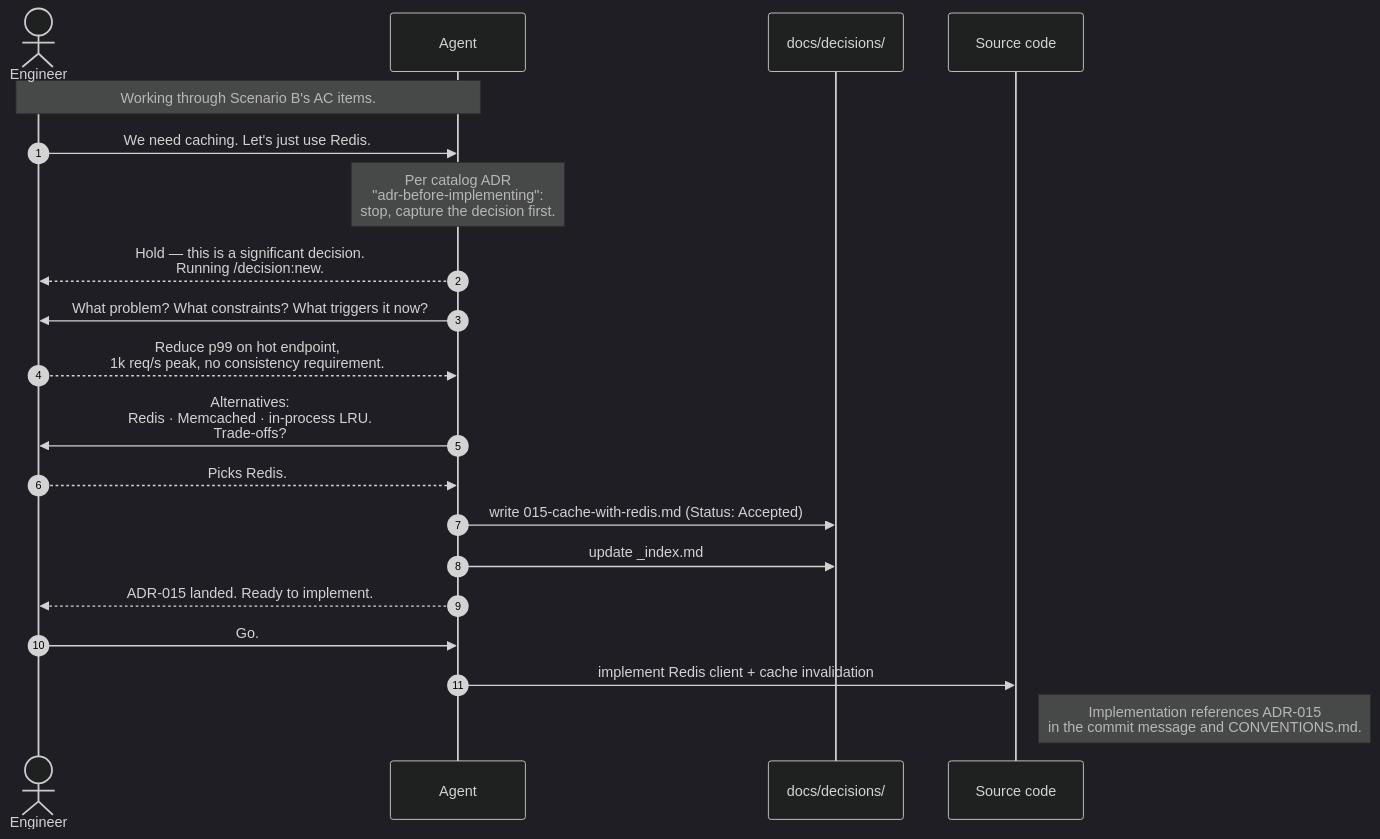
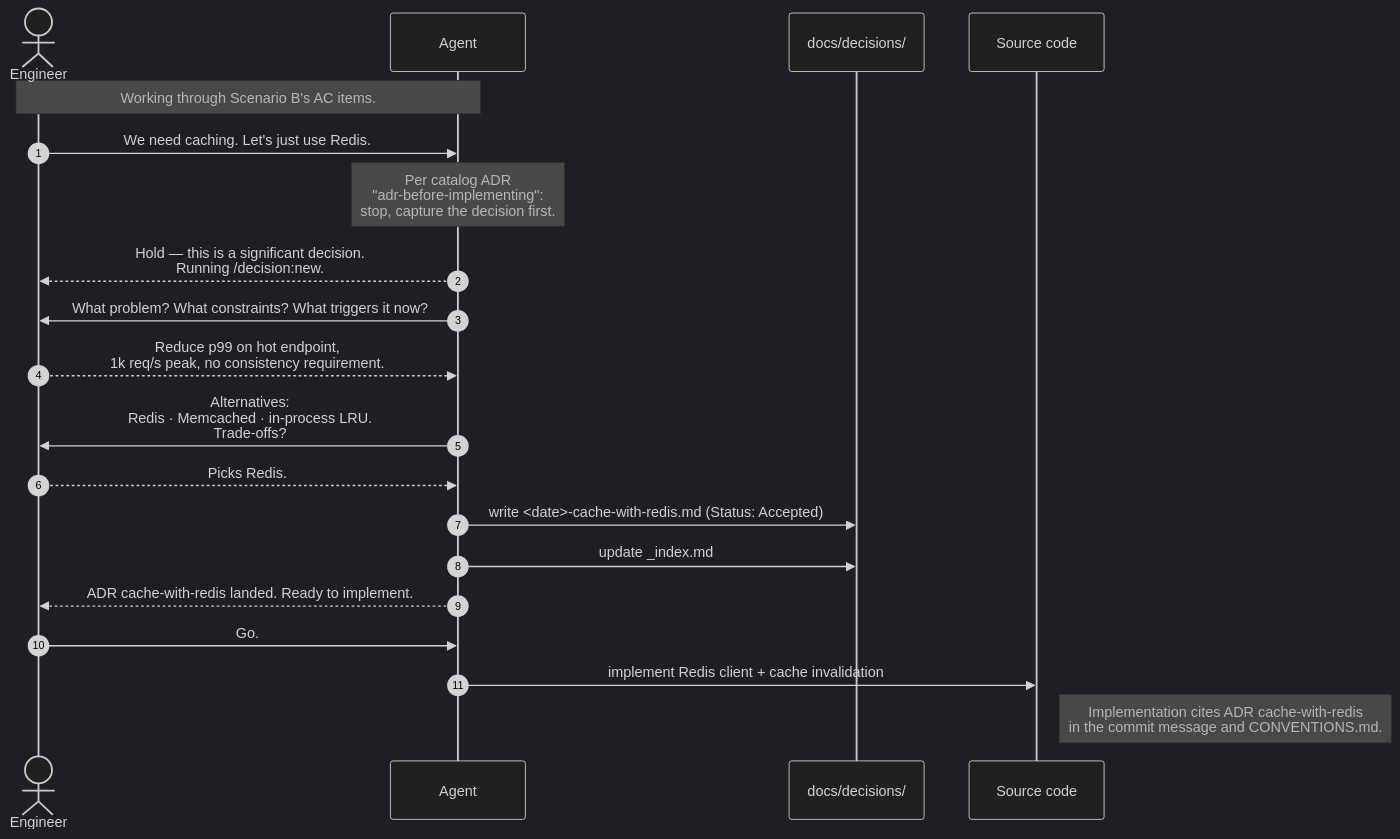
One commit to albertomarturelo/context-first-development changed the sixth of 7 diagrams in docs/session-flow.md. Above: the diagram before and after it, drawn with Mermaid (dark theme). The commit also changed other lines of this file and 31 other files, not shown here.

First line of the commit message:
feat: identify ADRs by date-prefixed slug instead of sequence number

````diff
--- a/docs/session-flow.md
+++ b/docs/session-flow.md
@@ -260,30 +260,30 @@
 ```mermaid
 sequenceDiagram
     autonumber
     actor E as Engineer
     participant A as Agent
     participant ADRs as docs/decisions/
     participant CODE as Source code
 
     Note over E,A: Working through Scenario B's AC items.
 
     E->>A: We need caching. Let's just use Redis.
 
     Note over A: Per catalog ADR<br/>"adr-before-implementing":<br/>stop, capture the decision first.
 
     A-->>E: Hold — this is a significant decision.<br/>Running /decision:new.
 
     A->>E: What problem? What constraints? What triggers it now?
     E-->>A: Reduce p99 on hot endpoint,<br/>1k req/s peak, no consistency requirement.
 
     A->>E: Alternatives:<br/>Redis · Memcached · in-process LRU.<br/>Trade-offs?
     E-->>A: Picks Redis.
 
-    A->>ADRs: write 015-cache-with-redis.md (Status: Accepted)
+    A->>ADRs: write <date>-cache-with-redis.md (Status: Accepted)
     A->>ADRs: update _index.md
-    A-->>E: ADR-015 landed. Ready to implement.
+    A-->>E: ADR cache-with-redis landed. Ready to implement.
 
     E->>A: Go.
     A->>CODE: implement Redis client + cache invalidation
-    Note right of CODE: Implementation references ADR-015<br/>in the commit message and CONVENTIONS.md.
+    Note right of CODE: Implementation cites ADR cache-with-redis<br/>in the commit message and CONVENTIONS.md.
 ```
````
